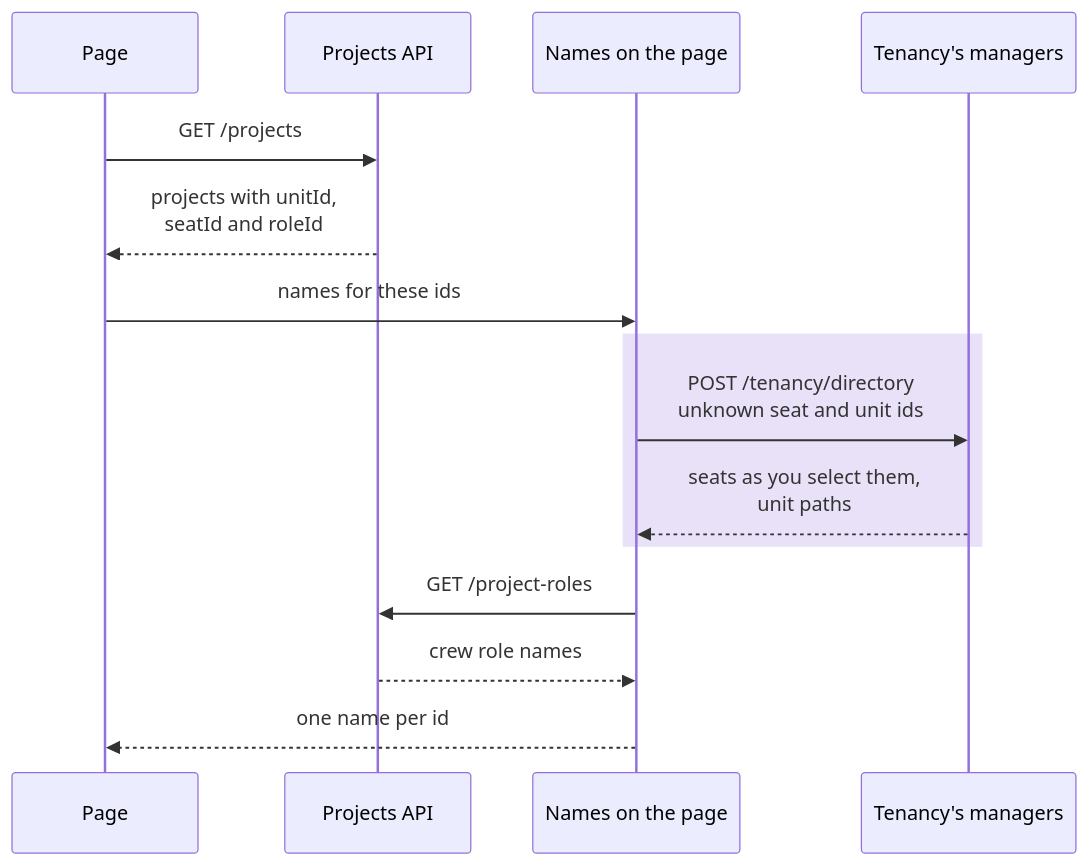
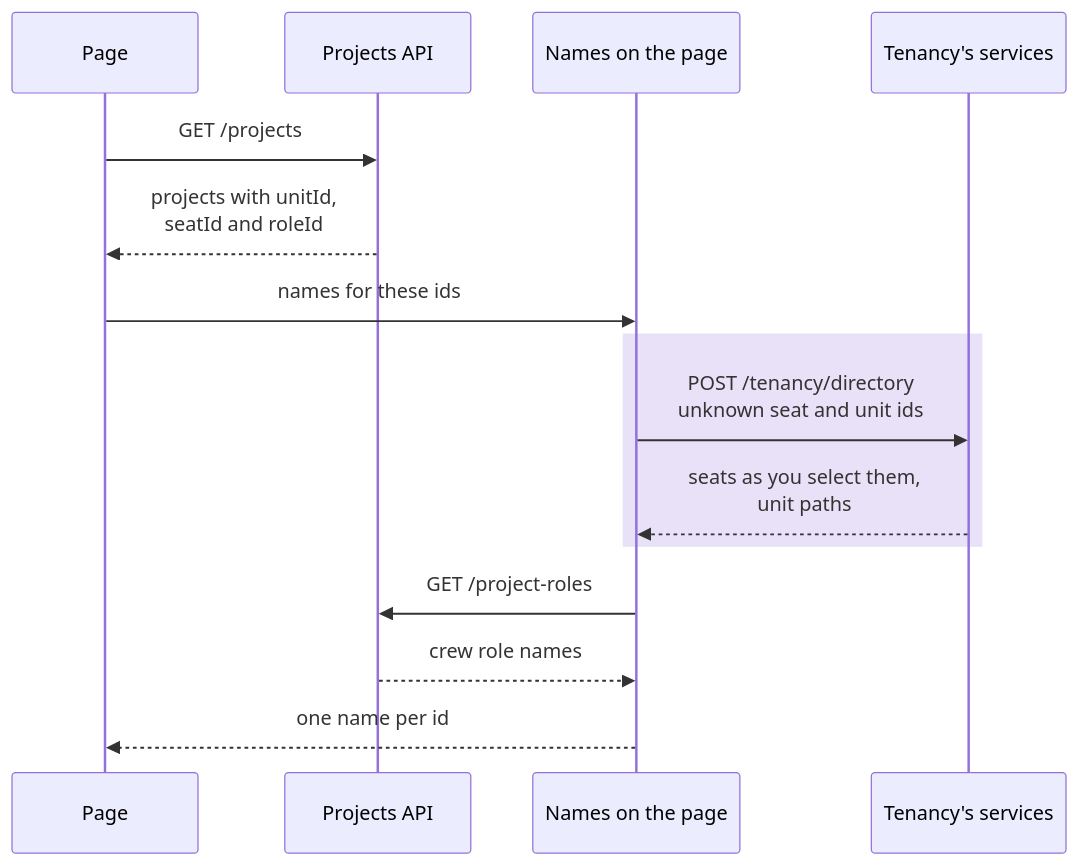
The first of 2 diagrams in docs/tenancy/names-and-languages.md (DylanSnel/DDDToolkit), drawn with Mermaid before and after one commit. The commit also changed other lines of this file and 65 other files, not shown here.

First line of the commit message:
Docs and diagnostics name Tenancy's and Membership's services and repositories (0.2.0)

````diff
--- a/docs/tenancy/names-and-languages.md
+++ b/docs/tenancy/names-and-languages.md
@@ -60,18 +60,18 @@
 ```mermaid
 sequenceDiagram
     participant Page as Page
     participant Projects as Projects API
     participant Names as Names on the page
-    participant Tenancy as Tenancy's managers
+    participant Tenancy as Tenancy's services
 
     Page->>Projects: GET /projects
     Projects-->>Page: projects with unitId,<br/>seatId and roleId
     Page->>Names: names for these ids
     rect rgba(91, 46, 201, 0.14)
         Names->>Tenancy: POST /tenancy/directory<br/>unknown seat and unit ids
         Tenancy-->>Names: seats as you select them,<br/>unit paths
     end
     Names->>Projects: GET /project-roles
     Projects-->>Names: crew role names
     Names-->>Page: one name per id
 ```
````
